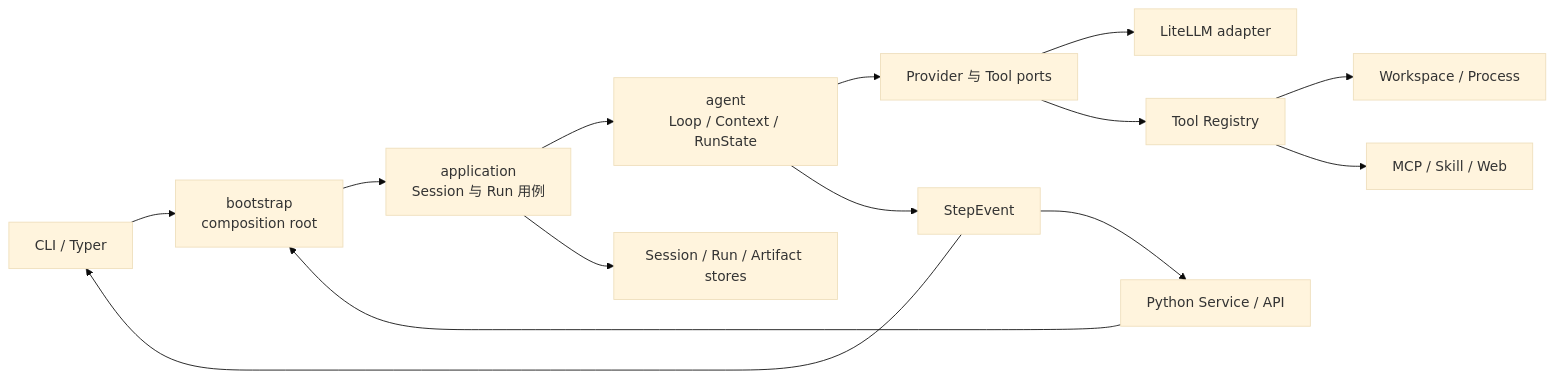
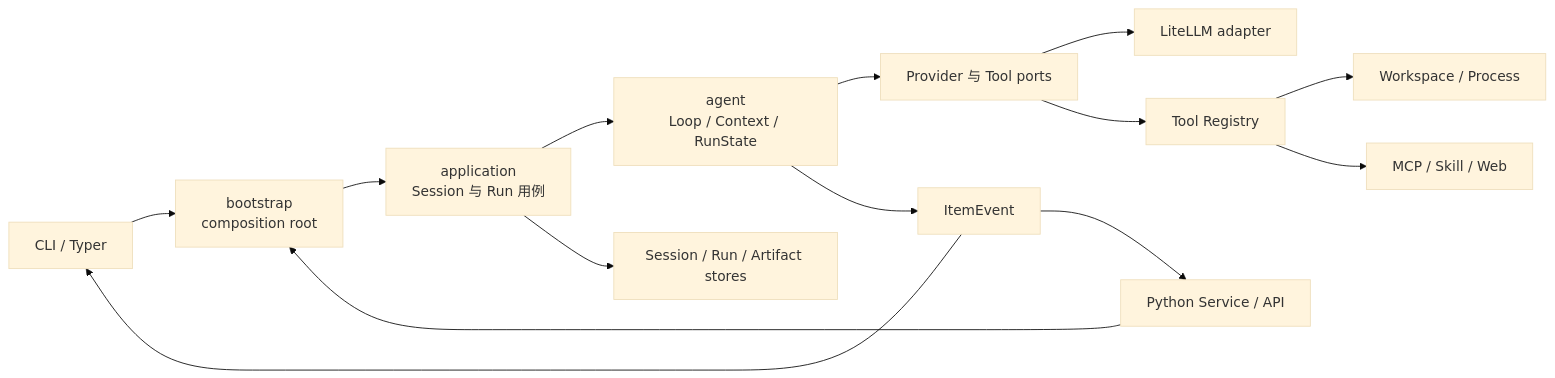
The diagram in docs/learning/README.md (SVflower/assistant_agent), drawn with Mermaid (base theme) before and after one commit. The commit also changed other lines of this file and 65 other files, not shown here.

Commit message:
refactor: rename step events to item events

````diff
--- a/docs/learning/README.md
+++ b/docs/learning/README.md
@@ -25,16 +25,16 @@
 ```mermaid
 flowchart LR
     CLI["CLI / Typer"] --> BS["bootstrap\ncomposition root"]
     API["Python Service / API"] --> BS
     BS --> APP["application\nSession 与 Run 用例"]
     APP --> CORE["agent\nLoop / Context / RunState"]
     CORE --> PORTS["Provider 与 Tool ports"]
     PORTS --> LLM["LiteLLM adapter"]
     PORTS --> TOOLS["Tool Registry"]
     TOOLS --> EXEC["Workspace / Process"]
     TOOLS --> INT["MCP / Skill / Web"]
     APP --> STORE["Session / Run / Artifact stores"]
-    CORE --> EVENTS["StepEvent"]
+    CORE --> EVENTS["ItemEvent"]
     EVENTS --> CLI
     EVENTS --> API
 ```
````
